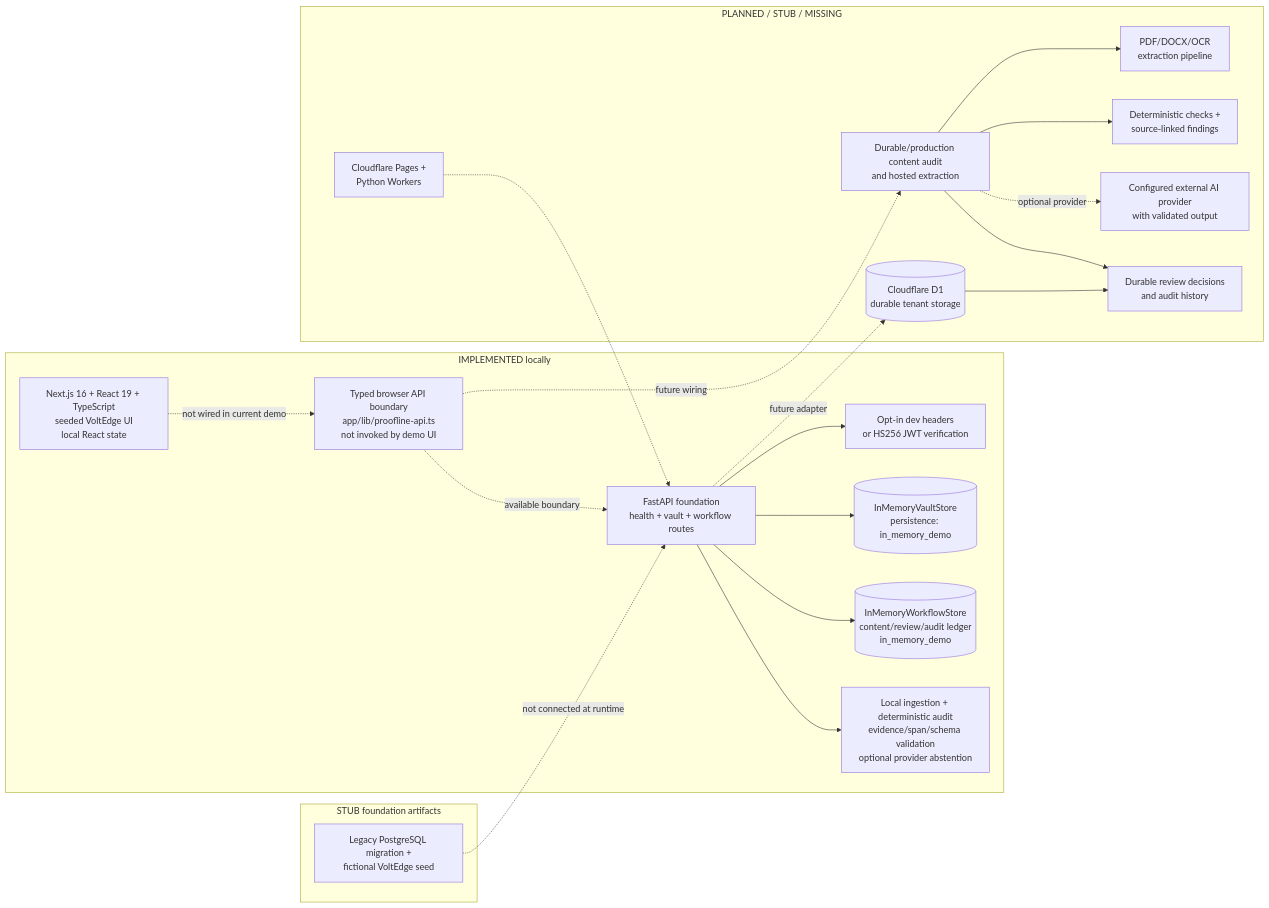
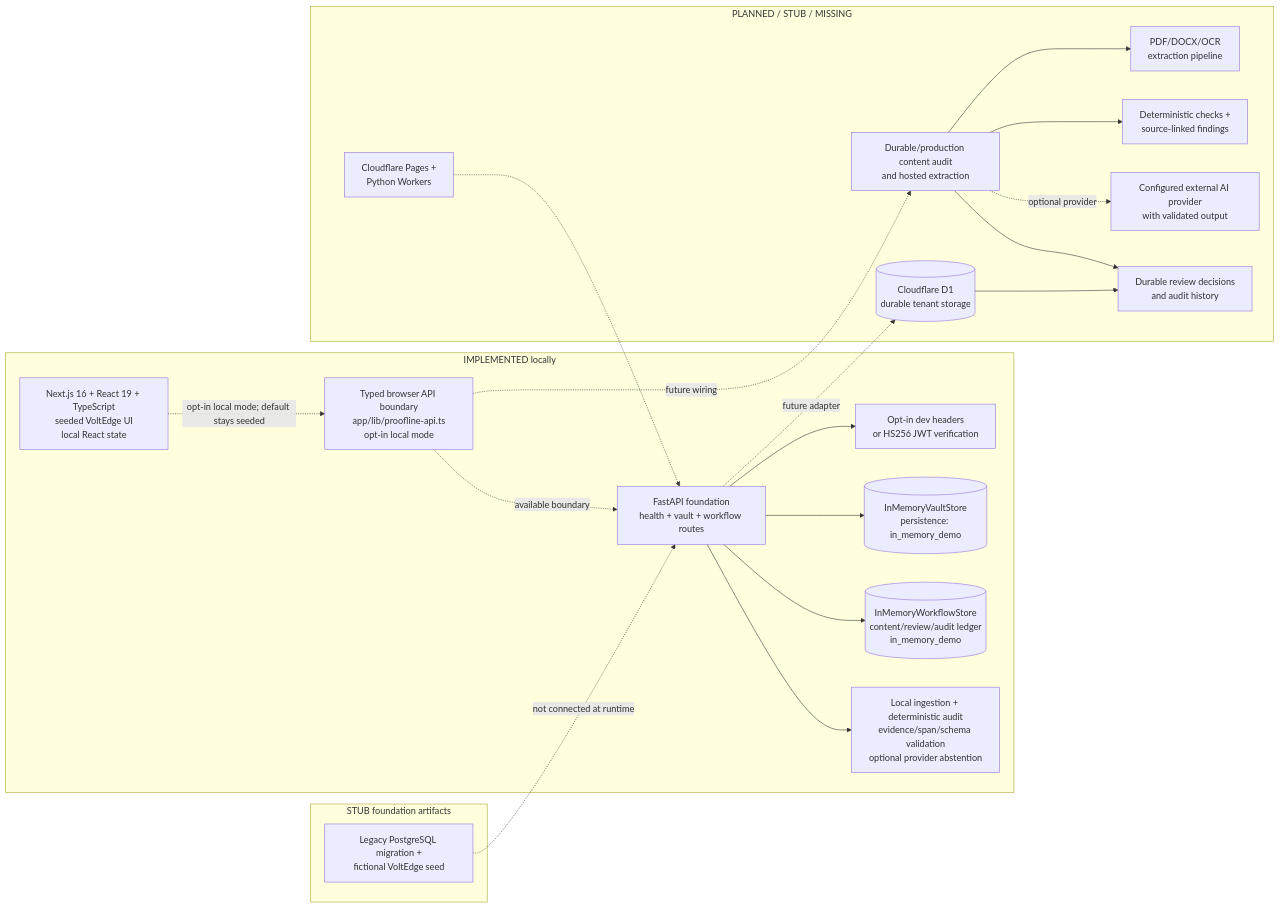
The diagram in docs/ARCHITECTURE.md (potlasrisharan/proofline), drawn with Mermaid before and after one commit. The commit also changed other lines of this file and 11 other files, not shown here.

Commit message:
feat: wire opt-in local API review flow

````diff
--- a/docs/ARCHITECTURE.md
+++ b/docs/ARCHITECTURE.md
@@ -22,41 +22,41 @@
 ```mermaid
 flowchart LR
   subgraph Actual[IMPLEMENTED locally]
     Browser["Next.js 16 + React 19 + TypeScript<br/>seeded VoltEdge UI<br/>local React state"]
-    ApiClient["Typed browser API boundary<br/>app/lib/proofline-api.ts<br/>not invoked by demo UI"]
+    ApiClient["Typed browser API boundary<br/>app/lib/proofline-api.ts<br/>opt-in local mode"]
     FastAPI["FastAPI foundation<br/>health + vault + workflow routes"]
     Auth["Opt-in dev headers<br/>or HS256 JWT verification"]
     Memory[("InMemoryVaultStore<br/>persistence: in_memory_demo")]
     Workflow[("InMemoryWorkflowStore<br/>content/review/audit ledger<br/>in_memory_demo")]
     LocalAudit["Local ingestion + deterministic audit<br/>evidence/span/schema validation<br/>optional provider abstention"]
-    Browser -.->|not wired in current demo| ApiClient
+    Browser -.->|opt-in local mode; default stays seeded| ApiClient
     ApiClient -.->|available boundary| FastAPI
     FastAPI --> Auth
     FastAPI --> Memory
     FastAPI --> Workflow
     FastAPI --> LocalAudit
   end
 
   subgraph Artifacts[STUB foundation artifacts]
      SQL["Legacy PostgreSQL migration +<br/>fictional VoltEdge seed"]
     SQL -.->|not connected at runtime| FastAPI
   end
 
   subgraph Planned[PLANNED / STUB / MISSING]
      Durable[("Cloudflare D1<br/>durable tenant storage")]
     Extractable["Durable/production content audit<br/>and hosted extraction"]
     Extract["PDF/DOCX/OCR<br/>extraction pipeline"]
     Rules["Deterministic checks +<br/>source-linked findings"]
     Model["Configured external AI provider<br/>with validated output"]
     Review["Durable review decisions<br/>and audit history"]
      Deploy["Cloudflare Pages +<br/>Python Workers"]
     FastAPI -.->|future adapter| Durable
     ApiClient -.->|future wiring| Extractable
     Extractable --> Extract
     Extractable --> Rules
     Extractable -.->|optional provider| Model
     Extractable --> Review
     Durable --> Review
     Deploy -.-> FastAPI
   end
 ```
````
